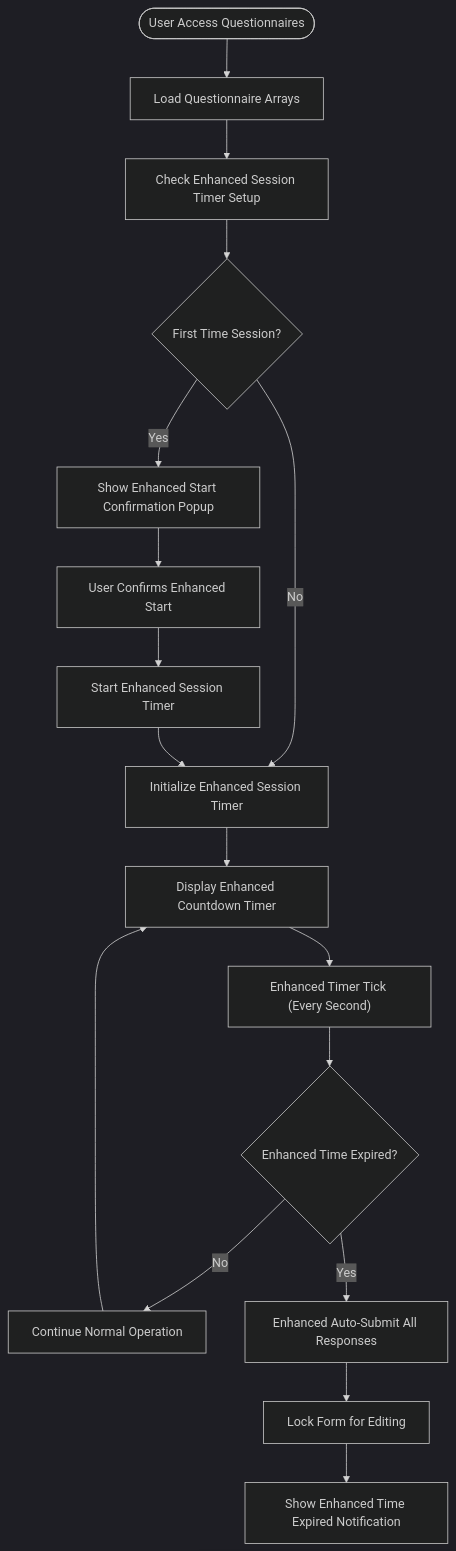
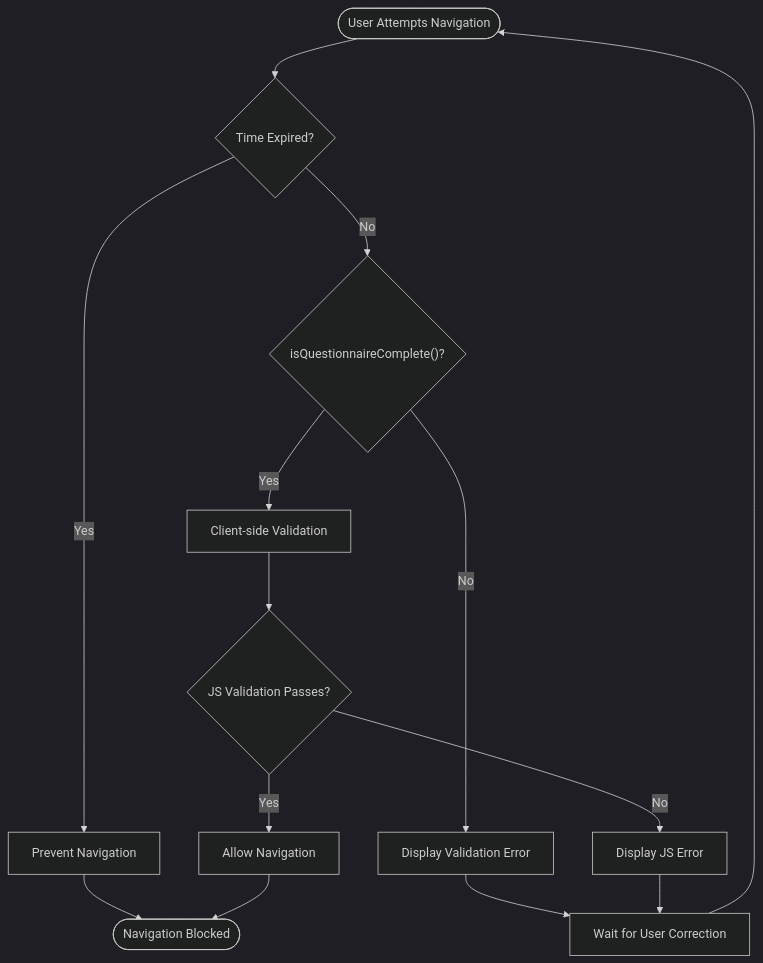
One commit to rudicatsmile/assesment360 changed the second of 9 diagrams in .qoder/repowiki/en/content/Core Features/Evaluation Workflows/Questionnaire Filling Interface.md. Above: the diagram before and after it, drawn with Mermaid (dark theme). The commit also changed other lines of this file and 5 other files, not shown here.

````diff
--- a/.qoder/repowiki/en/content/Core Features/Evaluation Workflows/Questionnaire Filling Interface.md
+++ b/.qoder/repowiki/en/content/Core Features/Evaluation Workflows/Questionnaire Filling Interface.md
@@ -187,19 +191,16 @@
 ```mermaid
 flowchart TD
-Start(["User Access Questionnaires"]) --> Load["Load Questionnaire Arrays"]
-Load --> CheckSession["Check Enhanced Session Timer Setup"]
-CheckSession --> ShowStartPopup{"First Time Session?"}
-ShowStartPopup --> |Yes| ShowPopup["Show Enhanced Start Confirmation Popup"]
-ShowStartPopup --> |No| InitTimer["Initialize Enhanced Session Timer"]
-ShowPopup --> UserConfirm["User Confirms Enhanced Start"]
-UserConfirm --> StartTimer["Start Enhanced Session Timer"]
-StartTimer --> InitTimer
-InitTimer --> DisplayTimer["Display Enhanced Countdown Timer"]
-DisplayTimer --> Tick["Enhanced Timer Tick (Every Second)"]
-Tick --> CheckExpiry{"Enhanced Time Expired?"}
-CheckExpiry --> |No| Continue["Continue Normal Operation"]
-CheckExpiry --> |Yes| AutoSubmit["Enhanced Auto-Submit All Responses"]
-AutoSubmit --> LockForm["Lock Form for Editing"]
-LockForm --> ShowExpired["Show Enhanced Time Expired Notification"]
-Continue --> DisplayTimer
+Start(["User Attempts Navigation"]) --> CheckTime{"Time Expired?"}
+CheckTime --> |Yes| Prevent["Prevent Navigation"]
+CheckTime --> |No| CheckComplete{"isQuestionnaireComplete()?"}
+CheckComplete --> |No| ShowError["Display Validation Error"]
+CheckComplete --> |Yes| CheckJS["Client-side Validation"]
+CheckJS --> JSError{"JS Validation Passes?"}
+JSError --> |No| ShowJSError["Display JS Error"]
+JSError --> |Yes| AllowNav["Allow Navigation"]
+ShowError --> Wait["Wait for User Correction"]
+ShowJSError --> Wait
+Wait --> Start
+Prevent --> End(["Navigation Blocked"])
+AllowNav --> End
 ```
````
